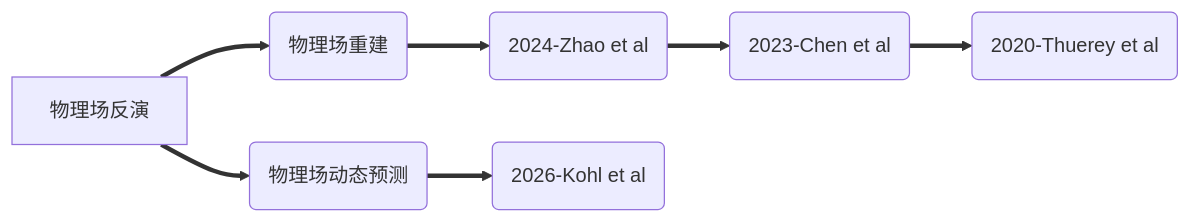
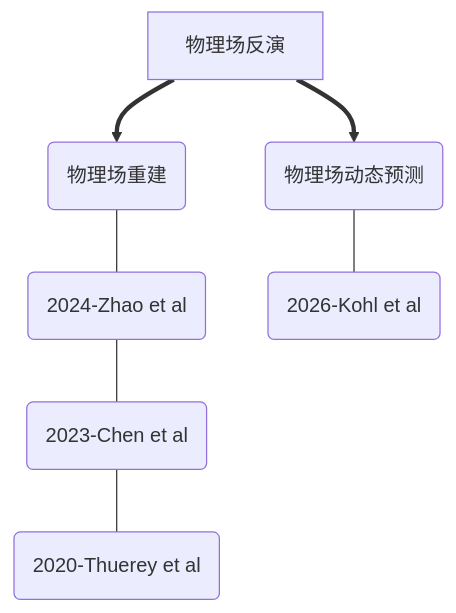
The diagram in README.md (EMLS-ICTCAS/ZKHC-Physics-Informed), drawn with Mermaid before and after one commit.

Commit message:
修改文档结构图

````diff
--- a/README.md
+++ b/README.md
@@ -7,13 +7,13 @@
 ```mermaid
-graph LR
+graph TD
 A[物理场反演]==>B(物理场重建)
 A[物理场反演]==>C(物理场动态预测)
-B==>D(2024-Zhao et al)==>E(2023-Chen et al)==>F(2020-Thuerey et al)
-C==>DD(2026-Kohl et al)
+B---D(2024-Zhao et al)---E(2023-Chen et al)---F(2020-Thuerey et al)
+C---DD(2026-Kohl et al)
 click B "#物理场重建"
 click C "#物理场动态预测"
 click D "##一 RecFNO A resolution-invariant flow and heat field reconstruction method from sparse observations via Fourier neural operator"
 click E "##二 A machine learning surrogate modeling benchmark for temperature field reconstruction of heat source systems"
 click F "##三 Deep Learning Methods for Reynolds-Averaged Navier-Stokes Simulations of Airfoil Flows"
 click DD "##一 Benchmarking autoregressive conditional diffusion models for turbulent flow simulation"
 ```
````
